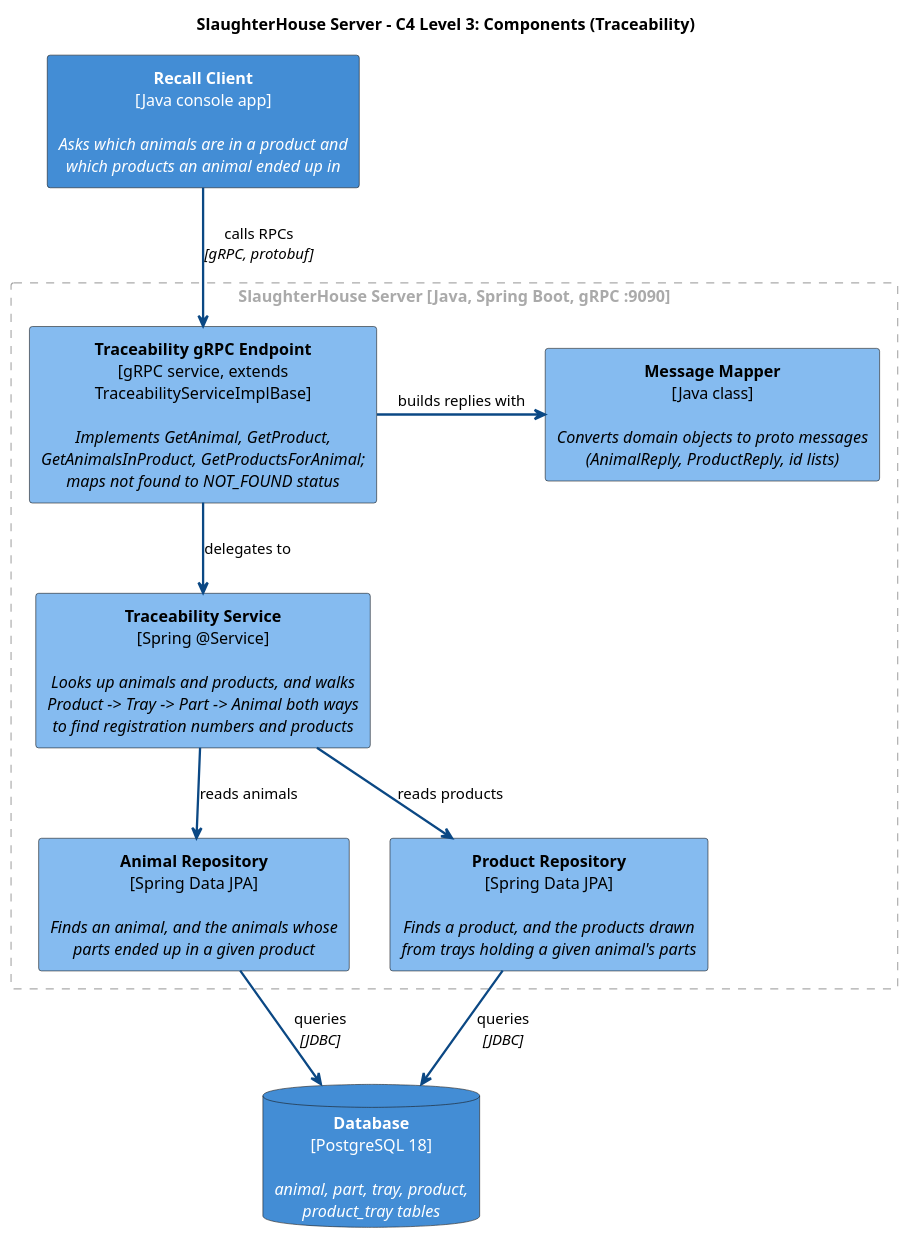
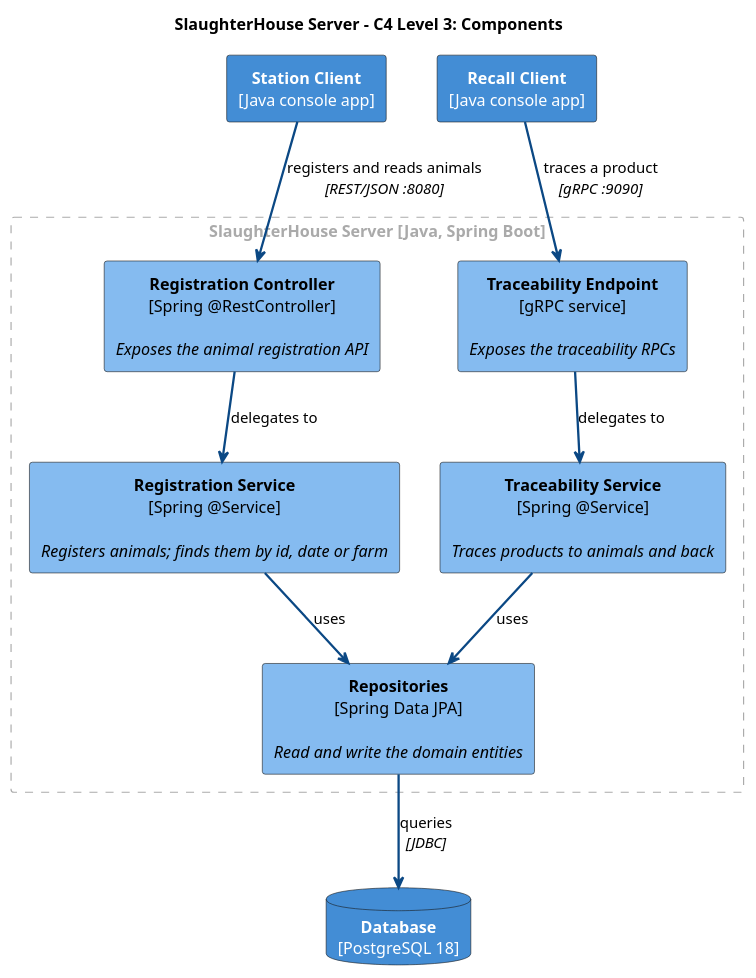
Before and after one commit to ahausgaard/DSY: the diagram in SlaughterHouse/docs/componentDiagram.puml, drawn with PlantUML. The commit also changed 3 other files, not shown here.

Commit message:
Added test and uådated component diagram

```diff
--- a/SlaughterHouse/docs/componentDiagram.puml
+++ b/SlaughterHouse/docs/componentDiagram.puml
@@ -1,54 +1,55 @@
 @startuml c4-l3-component
-title SlaughterHouse Server - C4 Level 3: Components (Traceability)
+title SlaughterHouse Server - C4 Level 3: Components
 
 hide stereotype
 skinparam shadowing false
 skinparam defaultTextAlignment center
 skinparam rectangle<<container>> {
   BackgroundColor #438DD5
   FontColor #FFFFFF
 }
 skinparam database<<container>> {
   BackgroundColor #438DD5
   FontColor #FFFFFF
 }
 skinparam rectangle<<component>> {
   BackgroundColor #85BBF0
   FontColor #000000
 }
 skinparam rectangle<<boundary>> {
   BackgroundColor transparent
   BorderColor #AAAAAA
   BorderStyle dashed
   FontColor #AAAAAA
 }
 
-rectangle "**Recall Client**\n[Java console app]\n\n//Asks which animals are in a product and//\n//which products an animal ended up in//" <<container>> as recallClient
+rectangle "**Station Client**\n[Java console app]" <<container>> as stationClient
+rectangle "**Recall Client**\n[Java console app]" <<container>> as recallClient
 
-rectangle "SlaughterHouse Server [Java, Spring Boot, gRPC :9090]" <<boundary>> {
+rectangle "SlaughterHouse Server [Java, Spring Boot]" <<boundary>> {
 
-  rectangle "**Traceability gRPC Endpoint**\n[gRPC service, extends\nTraceabilityServiceImplBase]\n\n//Implements GetAnimal, GetProduct,//\n//GetAnimalsInProduct, GetProductsForAnimal;//\n//maps not found to NOT_FOUND status//" <<component>> as endpoint
+  rectangle "**Registration Controller**\n[Spring @RestController]\n\n//Exposes the animal registration API//" <<component>> as controller
 
-  rectangle "**Message Mapper**\n[Java class]\n\n//Converts domain objects to proto messages//\n//(AnimalReply, ProductReply, id lists)//" <<component>> as mapper
+  rectangle "**Traceability Endpoint**\n[gRPC service]\n\n//Exposes the traceability RPCs//" <<component>> as endpoint
 
-  rectangle "**Traceability Service**\n[Spring @Service]\n\n//Looks up animals and products, and walks//\n//Product -> Tray -> Part -> Animal both ways//\n//to find registration numbers and products//" <<component>> as service
+  rectangle "**Registration Service**\n[Spring @Service]\n\n//Registers animals; finds them by id, date or farm//" <<component>> as regService
 
-  rectangle "**Animal Repository**\n[Spring Data JPA]\n\n//Finds an animal, and the animals whose//\n//parts ended up in a given product//" <<component>> as animalRepo
+  rectangle "**Traceability Service**\n[Spring @Service]\n\n//Traces products to animals and back//" <<component>> as traceService
 
-  rectangle "**Product Repository**\n[Spring Data JPA]\n\n//Finds a product, and the products drawn//\n//from trays holding a given animal's parts//" <<component>> as productRepo
+  rectangle "**Repositories**\n[Spring Data JPA]\n\n//Read and write the domain entities//" <<component>> as repos
 }
 
-database "**Database**\n[PostgreSQL 18]\n\n//animal, part, tray, product,//\n//product_tray tables//" <<container>> as db
+database "**Database**\n[PostgreSQL 18]" <<container>> as db
 
-' Keep the two repositories side by side
-animalRepo -[hidden]right- productRepo
+' Keep the two flows side by side
+stationClient -[hidden]right- recallClient
 
-recallClient -[#0B4884,bold]down-> endpoint : calls RPCs\n//[gRPC, protobuf]//
-endpoint     -[#0B4884,bold]down-> service  : delegates to
-endpoint     -[#0B4884,bold]right-> mapper  : builds replies with
-service      -[#0B4884,bold]down-> animalRepo  : reads animals
-service      -[#0B4884,bold]down-> productRepo : reads products
-animalRepo   -[#0B4884,bold]down-> db : queries\n//[JDBC]//
-productRepo  -[#0B4884,bold]down-> db : queries\n//[JDBC]//
+stationClient -[#0B4884,bold]down-> controller   : registers and reads animals\n//[REST/JSON :8080]//
+recallClient  -[#0B4884,bold]down-> endpoint     : traces a product\n//[gRPC :9090]//
+controller    -[#0B4884,bold]down-> regService   : delegates to
+endpoint      -[#0B4884,bold]down-> traceService : delegates to
+regService    -[#0B4884,bold]down-> repos        : uses
+traceService  -[#0B4884,bold]down-> repos        : uses
+repos         -[#0B4884,bold]down-> db           : queries\n//[JDBC]//
 
 @enduml
```
